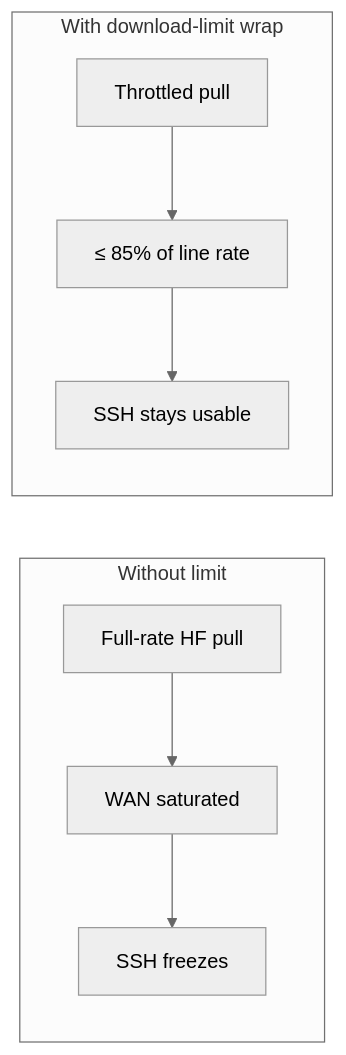
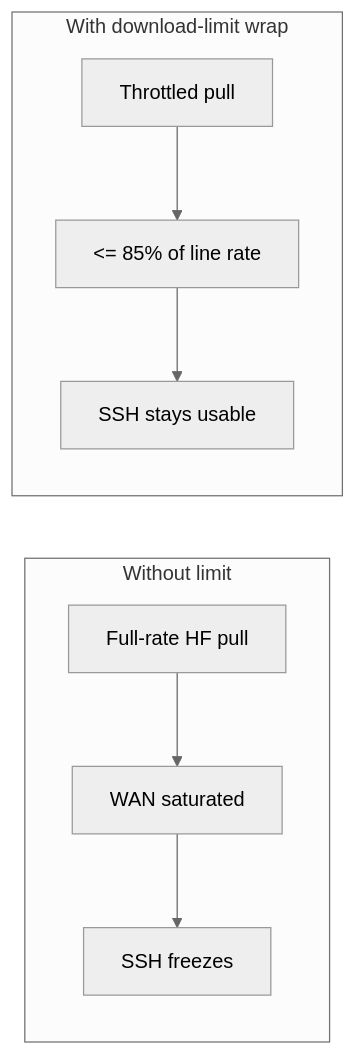
The first of 5 diagrams in docs/download-limit.mdx (toxicoder/ez-comfy-stack), drawn with Mermaid (neutral theme) before and after one commit. The commit also changed other lines of this file and 1894 other files, not shown here.

````diff
--- a/docs/download-limit.mdx
+++ b/docs/download-limit.mdx
@@ -28,11 +28,11 @@
 ```mermaid
 flowchart LR
   subgraph Bad["Without limit"]
     HF1["Full-rate HF pull"] --> Sat["WAN saturated"]
     Sat --> Dead["SSH freezes"]
   end
   subgraph Good["With download-limit wrap"]
-    HF2["Throttled pull"] --> Cap["≤ 85% of line rate"]
+    HF2["Throttled pull"] --> Cap["<= 85% of line rate"]
     Cap --> SSH["SSH stays usable"]
   end
 ```
````
